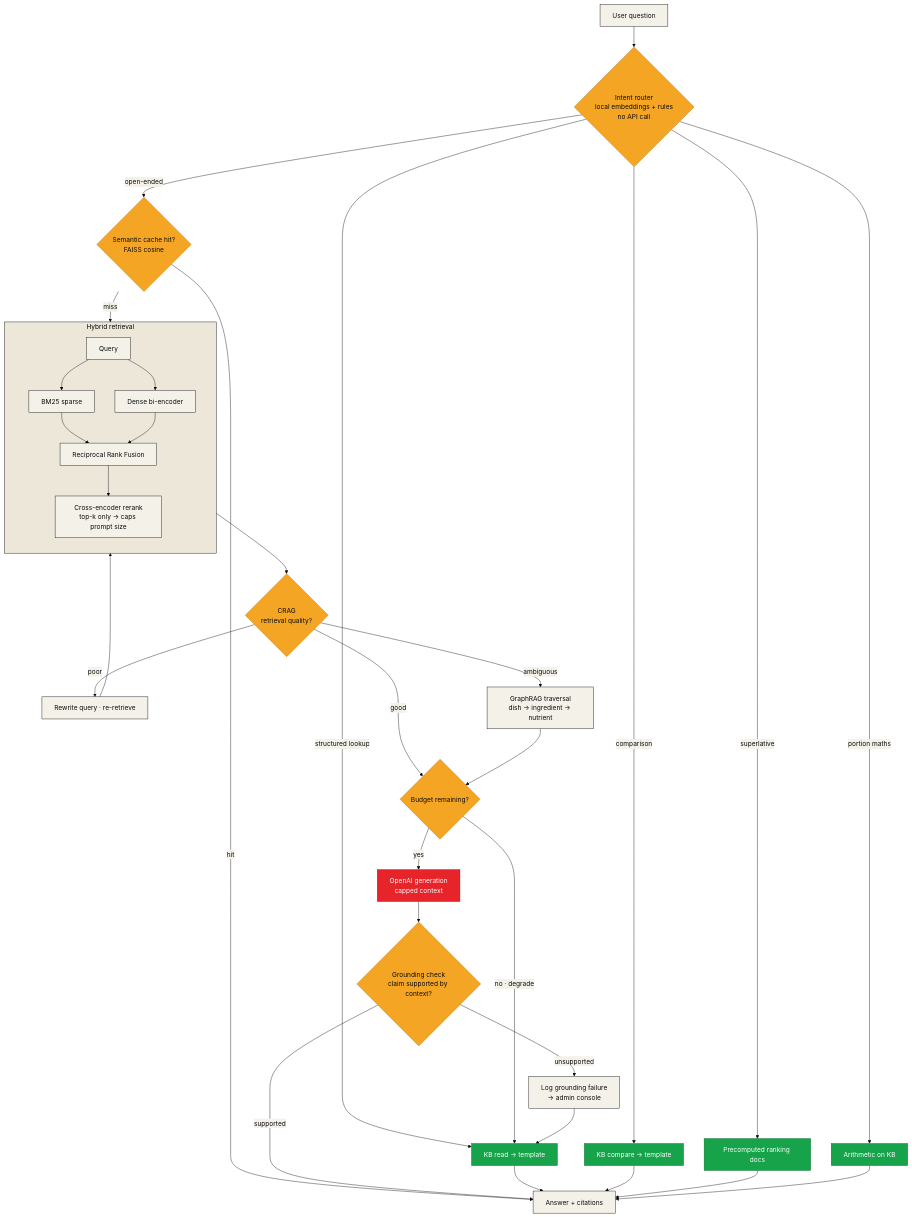
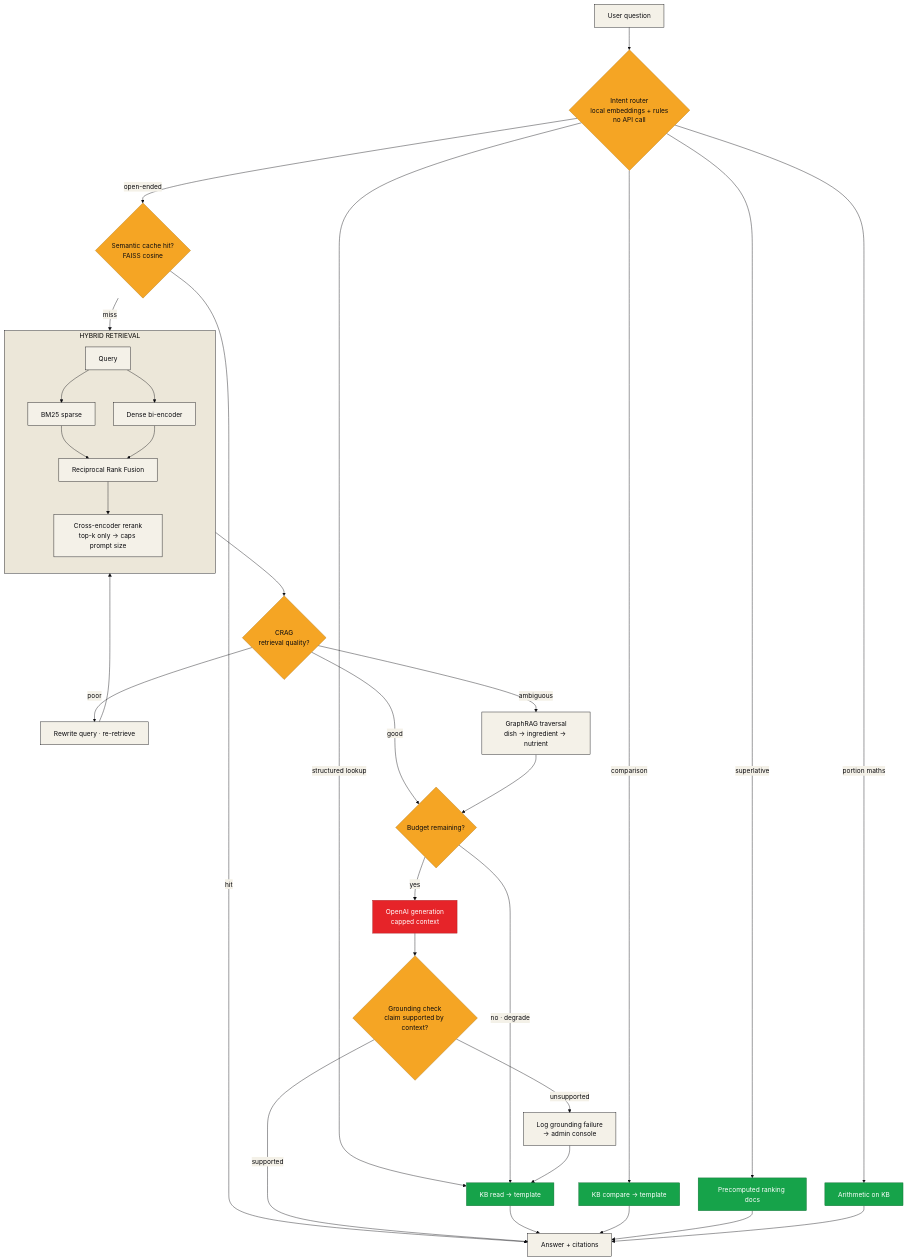
The sixth of 11 diagrams in docs/architecture.md (A-K-M-Asifuzzaman/Food), drawn with Mermaid before and after one commit. The commit also changed other lines of this file, not shown here.

First line of the commit message:
Fix diagram legibility: text clipping and layout

````diff
--- a/docs/architecture.md
+++ b/docs/architecture.md
@@ -215,46 +202,46 @@
 ```mermaid
-%%{init: {'theme':'base','themeVariables':{'fontFamily':'ui-sans-serif, system-ui, -apple-system, sans-serif','primaryColor':'#F4F1E8','primaryTextColor':'#0B0B0F','primaryBorderColor':'#0B0B0F','lineColor':'#0B0B0F','clusterBkg':'#ECE7D9','clusterBorder':'#0B0B0F','edgeLabelBackground':'#F4F1E8','pie1':'#16A34A','pie2':'#E62429','pie3':'#1B4CE0','pie4':'#F5A524'}}}%%
+%%{init: {'theme':'base','themeVariables':{'fontFamily':'ui-sans-serif, system-ui, -apple-system, sans-serif','primaryColor':'#F4F1E8','primaryTextColor':'#0B0B0F','primaryBorderColor':'#0B0B0F','lineColor':'#0B0B0F','clusterBkg':'#ECE7D9','clusterBorder':'#0B0B0F','edgeLabelBackground':'#F4F1E8','pie1':'#16A34A','pie2':'#E62429','pie3':'#1B4CE0','pie4':'#F5A524'},'flowchart':{'padding':16,'nodeSpacing':45,'rankSpacing':55,'curve':'basis','htmlLabels':true}}}%%
 flowchart TD
     Q["User question"] --> RT{"Intent router<br/>local embeddings + rules<br/>no API call"}
 
     RT -->|"structured lookup"| T1["KB read → template"]
     RT -->|"comparison"| T2["KB compare → template"]
     RT -->|"superlative"| T3["Precomputed ranking docs"]
     RT -->|"portion maths"| T4["Arithmetic on KB"]
     RT -->|"open-ended"| CACHE{"Semantic cache hit?<br/>FAISS cosine"}
 
     CACHE -->|"hit"| ANS
     CACHE -->|"miss"| HYB
 
-    subgraph retrieval["Hybrid retrieval"]
+    subgraph retrieval["HYBRID RETRIEVAL  "]
         direction TB
         HYB["Query"] --> BM["BM25 sparse"]
         HYB --> DEN["Dense bi-encoder"]
         BM --> RRF["Reciprocal Rank Fusion"]
         DEN --> RRF
         RRF --> RR["Cross-encoder rerank<br/>top-k only → caps prompt size"]
     end
 
     RR --> CRAG{"CRAG<br/>retrieval quality?"}
     CRAG -->|"poor"| REW["Rewrite query · re-retrieve"] --> HYB
     CRAG -->|"ambiguous"| GRAPH["GraphRAG traversal<br/>dish → ingredient → nutrient"]
     CRAG -->|"good"| GEN
     GRAPH --> GEN
 
     GEN{"Budget remaining?"}
     GEN -->|"yes"| LLM["OpenAI generation<br/>capped context"]
     GEN -->|"no · degrade"| T1
 
     LLM --> GRD{"Grounding check<br/>claim supported by context?"}
     GRD -->|"supported"| ANS["Answer + citations"]
     GRD -->|"unsupported"| LOG["Log grounding failure<br/>→ admin console"] --> T1
 
     T1 & T2 & T3 & T4 --> ANS
 
     classDef free fill:#16A34A,stroke:#0f6b32,color:#fff
     classDef paid fill:#E62429,stroke:#A4161A,color:#fff
     classDef gate fill:#F5A524,stroke:#b37a18,color:#0B0B0F
     class T1,T2,T3,T4 free
     class LLM paid
     class RT,CRAG,GEN,GRD,CACHE gate
 ```
````
